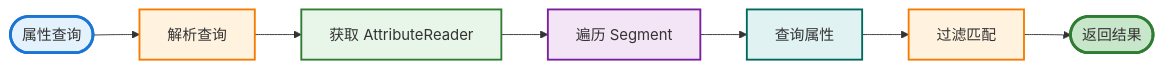
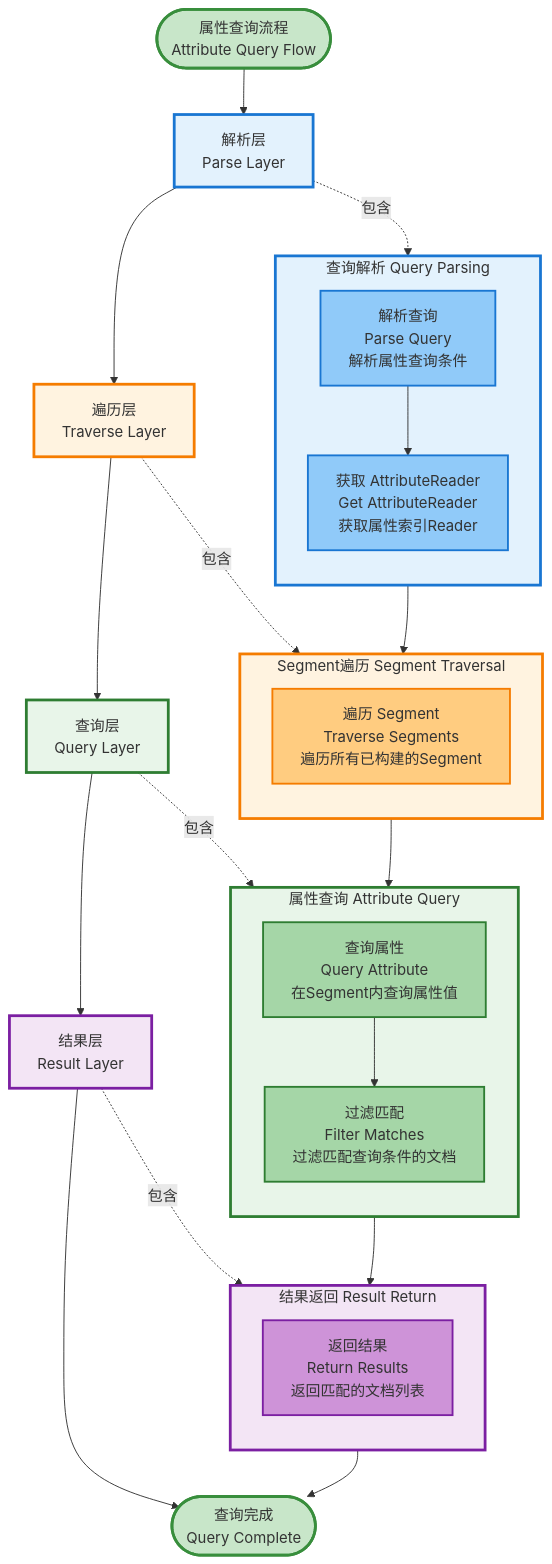
One commit to zhouzhilong-commits/zhouzhilong-commits.github.io changed diagram 25 of 25 in _posts/2025-06-11-indexlib-4-query-flow.md. Above: the diagram before and after it, drawn with Mermaid. The commit also changed other lines of this file and 19 other files, not shown here.

````diff
--- a/_posts/2025-06-11-indexlib-4-query-flow.md
+++ b/_posts/2025-06-11-indexlib-4-query-flow.md
@@ -1913,18 +2017,63 @@
 ```mermaid
-flowchart LR
-    Start([属性查询]) --> A1[解析查询]
+flowchart TB
+    Start([属性查询流程<br/>Attribute Query Flow]) --> ParseLayer[解析层<br/>Parse Layer]
     
-    A1 --> A2[获取 AttributeReader]
-    A2 --> A3[遍历 Segment]
-    A3 --> A4[查询属性]
-    A4 --> A5[过滤匹配]
-    A5 --> End([返回结果])
+    subgraph ParseGroup["查询解析 Query Parsing"]
+        direction TB
+        P1[解析查询<br/>Parse Query<br/>解析属性查询条件]
+        P2[获取 AttributeReader<br/>Get AttributeReader<br/>获取属性索引Reader]
+    end
     
-    style Start fill:#e3f2fd,stroke:#1976d2,stroke-width:3px
-    style A1 fill:#fff3e0,stroke:#f57c00,stroke-width:2px
-    style A2 fill:#e8f5e9,stroke:#2e7d32,stroke-width:2px
-    style A3 fill:#f3e5f5,stroke:#7b1fa2,stroke-width:2px
-    style A4 fill:#e0f2f1,stroke:#00695c,stroke-width:2px
-    style A5 fill:#fff3e0,stroke:#f57c00,stroke-width:2px
-    style End fill:#c8e6c9,stroke:#2e7d32,stroke-width:3px
+    ParseLayer --> TraverseLayer[遍历层<br/>Traverse Layer]
+    
+    subgraph TraverseGroup["Segment遍历 Segment Traversal"]
+        direction TB
+        T1[遍历 Segment<br/>Traverse Segments<br/>遍历所有已构建的Segment]
+    end
+    
+    TraverseLayer --> QueryLayer[查询层<br/>Query Layer]
+    
+    subgraph QueryGroup["属性查询 Attribute Query"]
+        direction TB
+        Q1[查询属性<br/>Query Attribute<br/>在Segment内查询属性值]
+        Q2[过滤匹配<br/>Filter Matches<br/>过滤匹配查询条件的文档]
+    end
+    
+    QueryLayer --> ResultLayer[结果层<br/>Result Layer]
+    
+    subgraph ResultGroup["结果返回 Result Return"]
+        direction TB
+        R1[返回结果<br/>Return Results<br/>返回匹配的文档列表]
+    end
+    
+    ResultLayer --> End([查询完成<br/>Query Complete])
+    
+    ParseLayer -.->|包含| ParseGroup
+    TraverseLayer -.->|包含| TraverseGroup
+    QueryLayer -.->|包含| QueryGroup
+    ResultLayer -.->|包含| ResultGroup
+    
+    P1 --> P2
+    P2 --> T1
+    T1 --> Q1
+    Q1 --> Q2
+    Q2 --> R1
+    R1 --> End
+    
+    style Start fill:#c8e6c9,stroke:#388e3c,stroke-width:3px
+    style End fill:#c8e6c9,stroke:#388e3c,stroke-width:3px
+    style ParseLayer fill:#e3f2fd,stroke:#1976d2,stroke-width:3px
+    style TraverseLayer fill:#fff3e0,stroke:#f57c00,stroke-width:3px
+    style QueryLayer fill:#e8f5e9,stroke:#2e7d32,stroke-width:3px
+    style ResultLayer fill:#f3e5f5,stroke:#7b1fa2,stroke-width:3px
+    style ParseGroup fill:#e3f2fd,stroke:#1976d2,stroke-width:3px
+    style P1 fill:#90caf9,stroke:#1976d2,stroke-width:2px
+    style P2 fill:#90caf9,stroke:#1976d2,stroke-width:2px
+    style TraverseGroup fill:#fff3e0,stroke:#f57c00,stroke-width:3px
+    style T1 fill:#ffcc80,stroke:#f57c00,stroke-width:2px
+    style QueryGroup fill:#e8f5e9,stroke:#2e7d32,stroke-width:3px
+    style Q1 fill:#a5d6a7,stroke:#2e7d32,stroke-width:2px
+    style Q2 fill:#a5d6a7,stroke:#2e7d32,stroke-width:2px
+    style ResultGroup fill:#f3e5f5,stroke:#7b1fa2,stroke-width:3px
+    style R1 fill:#ce93d8,stroke:#7b1fa2,stroke-width:2px
 ```
````
